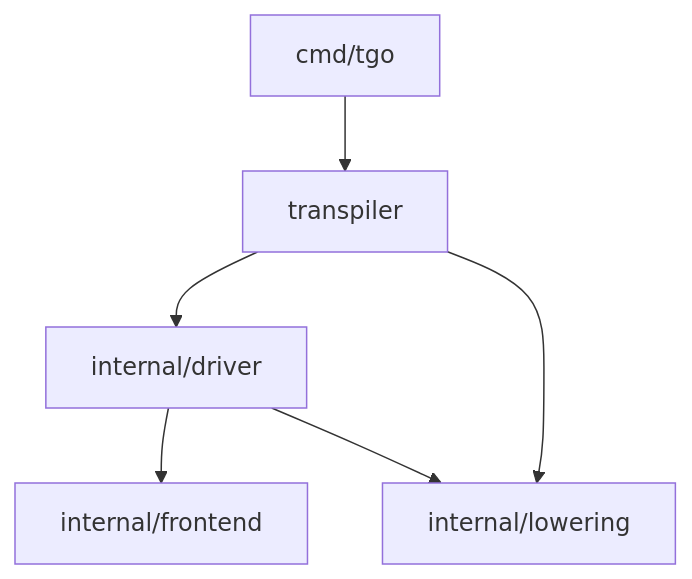
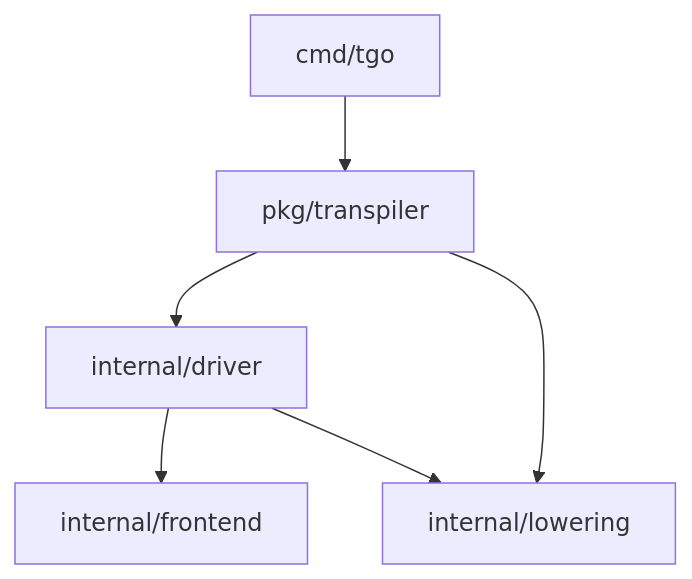
Before and after one commit to lucasavila00/tgo: the diagram in docs/arch/transpiler.md, drawn with Mermaid. The commit also changed other lines of this file and 345 other files, not shown here.

````diff
--- a/docs/arch/transpiler.md
+++ b/docs/arch/transpiler.md
@@ -46,8 +46,8 @@
 ```mermaid
 graph TD
-    CLI[cmd/tgo] --> API[transpiler]
+    CLI[cmd/tgo] --> API[pkg/transpiler]
     API --> Driver[internal/driver]
     API --> Lowering[internal/lowering]
     Driver --> Frontend[internal/frontend]
     Driver --> Lowering
 ```
````
